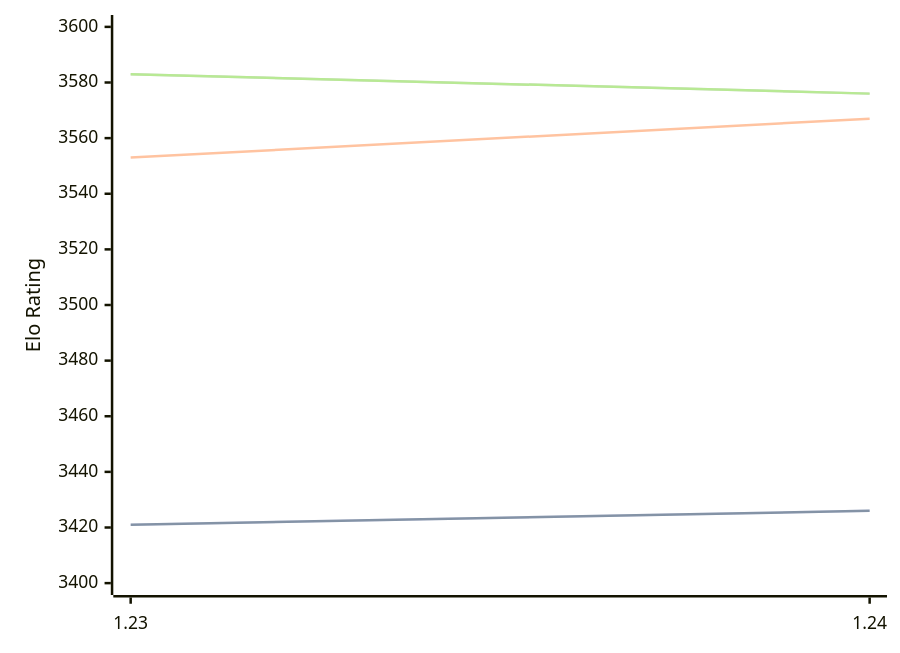
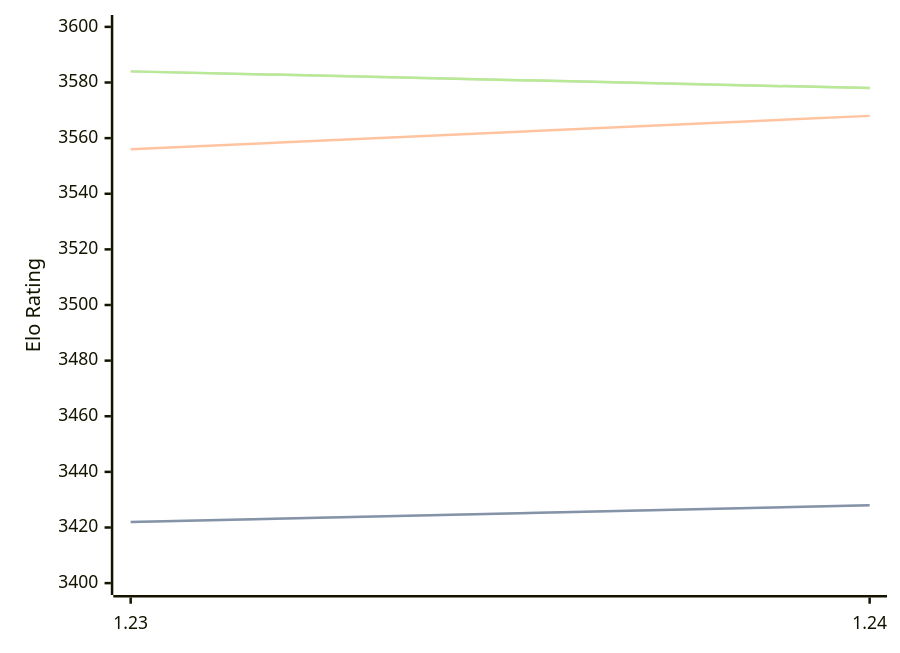
The diagram in engines/Caissa.md (computer-chess-index/cci), drawn with Mermaid before and after one commit. The commit also changed other lines of this file, not shown here.

Commit message:
Update CCI Ratings (ELO VLTC) - 2026-02-16

````diff
--- a/engines/Caissa.md
+++ b/engines/Caissa.md
@@ -61,11 +61,11 @@
 ```mermaid
 %%{init: {"theme":"base","themeVariables":{"seriesColors:['#a3a3a3','#222221','#faa371']}}}%%
 xychart-beta
   x-axis ["1.23", "1.24"]
   y-axis "Elo Rating" 3400 --> 3600
-  line "STC (8.0+0.08s)" [3421, 3426]
-  line "STC (8.0+0.08s)" [3421, 3426]
-  line "LTC (60.0+0.60s)" [3553, 3567]
-  line "VLTC (2m24s+1.12s)" [3583, 3576]
-  line "VLTC (2m24s+1.12s)" [3583, 3576]
+  line "STC (8.0+0.08s)" [3422, 3428]
+  line "STC (8.0+0.08s)" [3422, 3428]
+  line "LTC (60.0+0.60s)" [3556, 3568]
+  line "VLTC (2m24s+1.12s)" [3584, 3578]
+  line "VLTC (2m24s+1.12s)" [3584, 3578]
 ```
````
